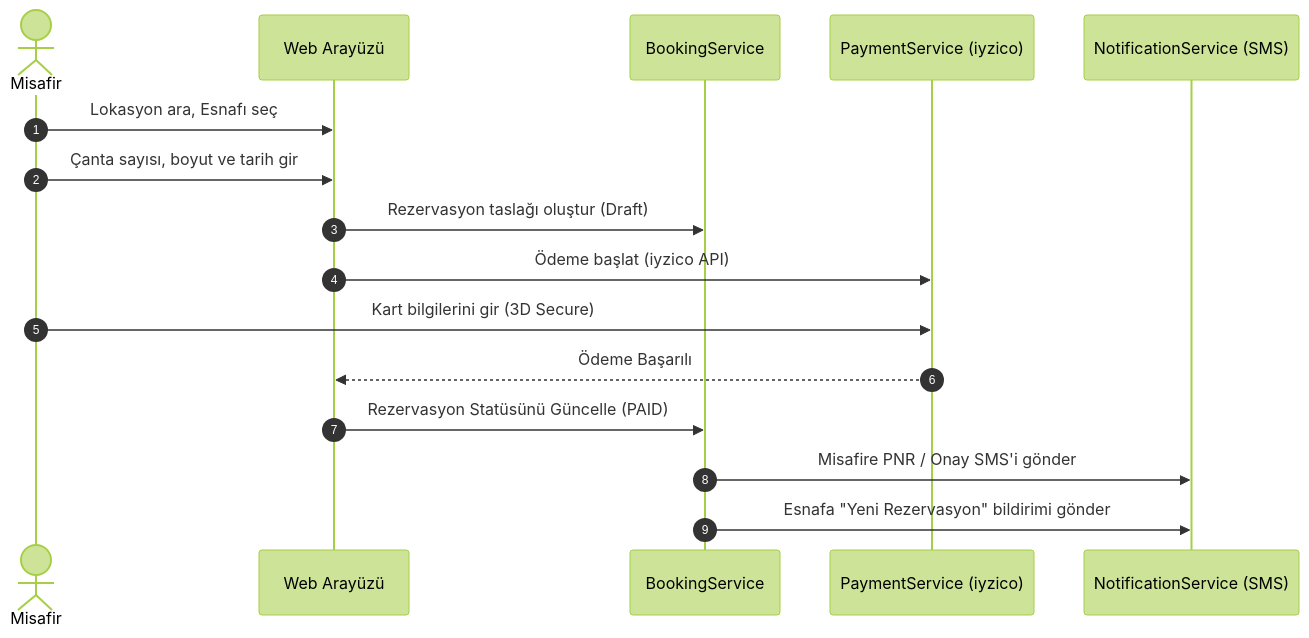
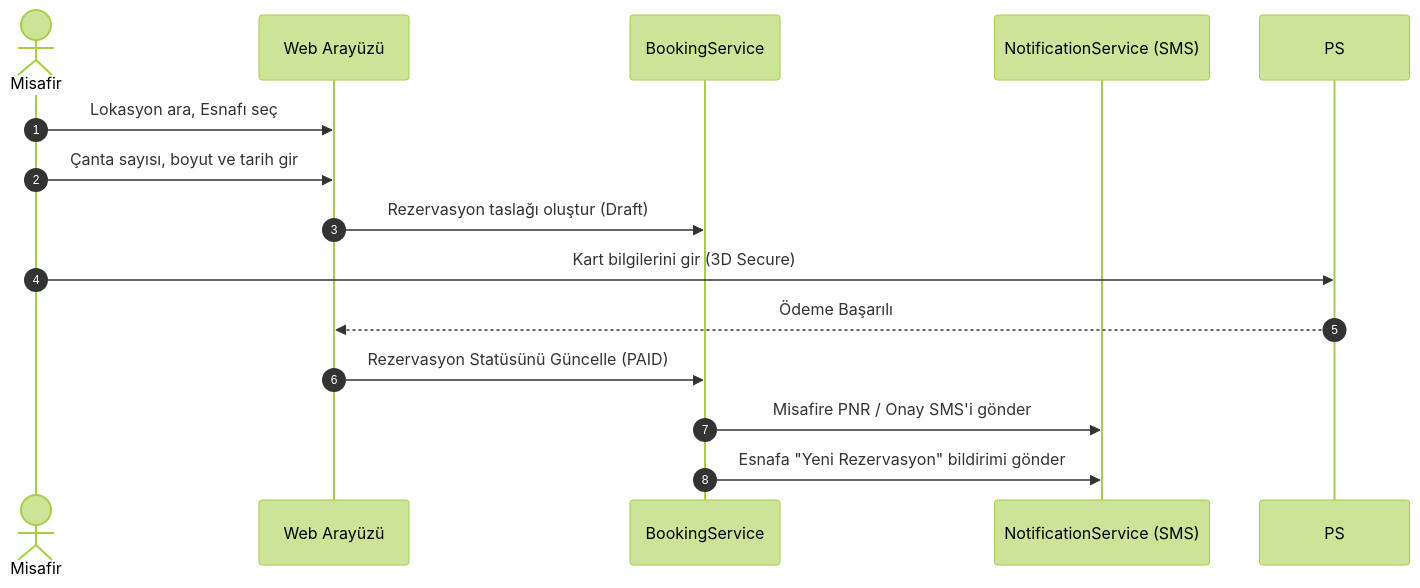
One commit to furkandogmus/emanetcim changed the first of 3 diagrams in docs/uygulama_akislari_ve_use_cases.md. Above: the diagram before and after it, drawn with Mermaid (forest theme). The commit also changed other lines of this file and 132 other files, not shown here.

````diff
--- a/docs/uygulama_akislari_ve_use_cases.md
+++ b/docs/uygulama_akislari_ve_use_cases.md
@@ -14,19 +14,17 @@
 ```mermaid
 sequenceDiagram
     autonumber
     actor Misafir
     participant WebUI as Web Arayüzü
     participant BS as BookingService
-    participant PS as PaymentService (iyzico)
     participant NS as NotificationService (SMS)
     
     Misafir->>WebUI: Lokasyon ara, Esnafı seç
     Misafir->>WebUI: Çanta sayısı, boyut ve tarih gir
     WebUI->>BS: Rezervasyon taslağı oluştur (Draft)
-    WebUI->>PS: Ödeme başlat (iyzico API)
     Misafir->>PS: Kart bilgilerini gir (3D Secure)
     PS-->>WebUI: Ödeme Başarılı
     WebUI->>BS: Rezervasyon Statüsünü Güncelle (PAID)
     BS->>NS: Misafire PNR / Onay SMS'i gönder
     BS->>NS: Esnafa "Yeni Rezervasyon" bildirimi gönder
 ```
````
